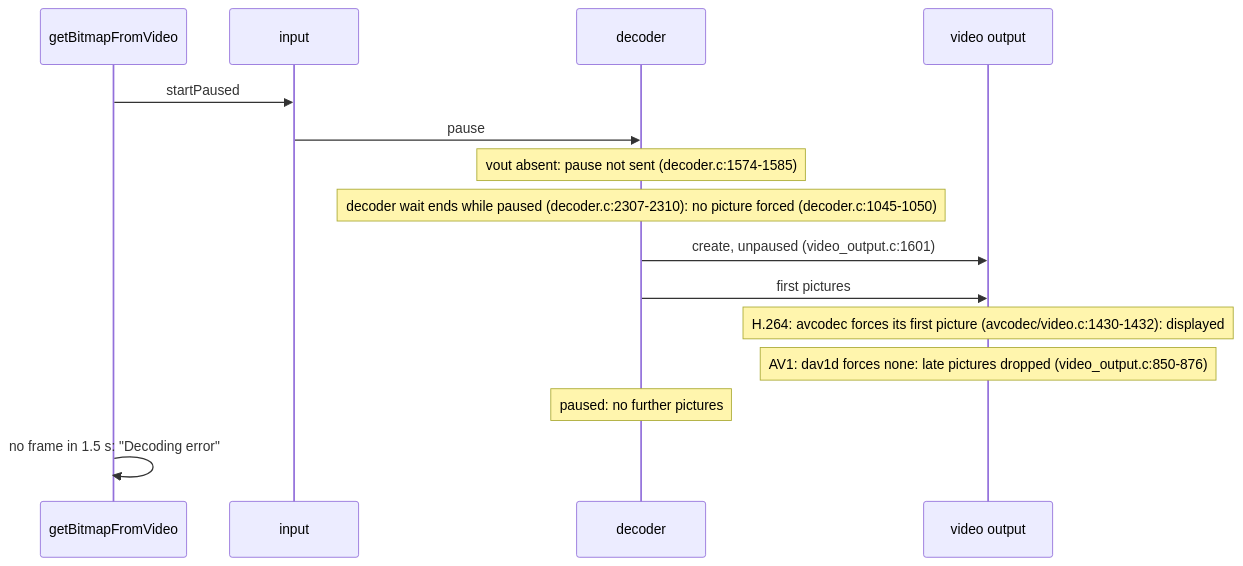
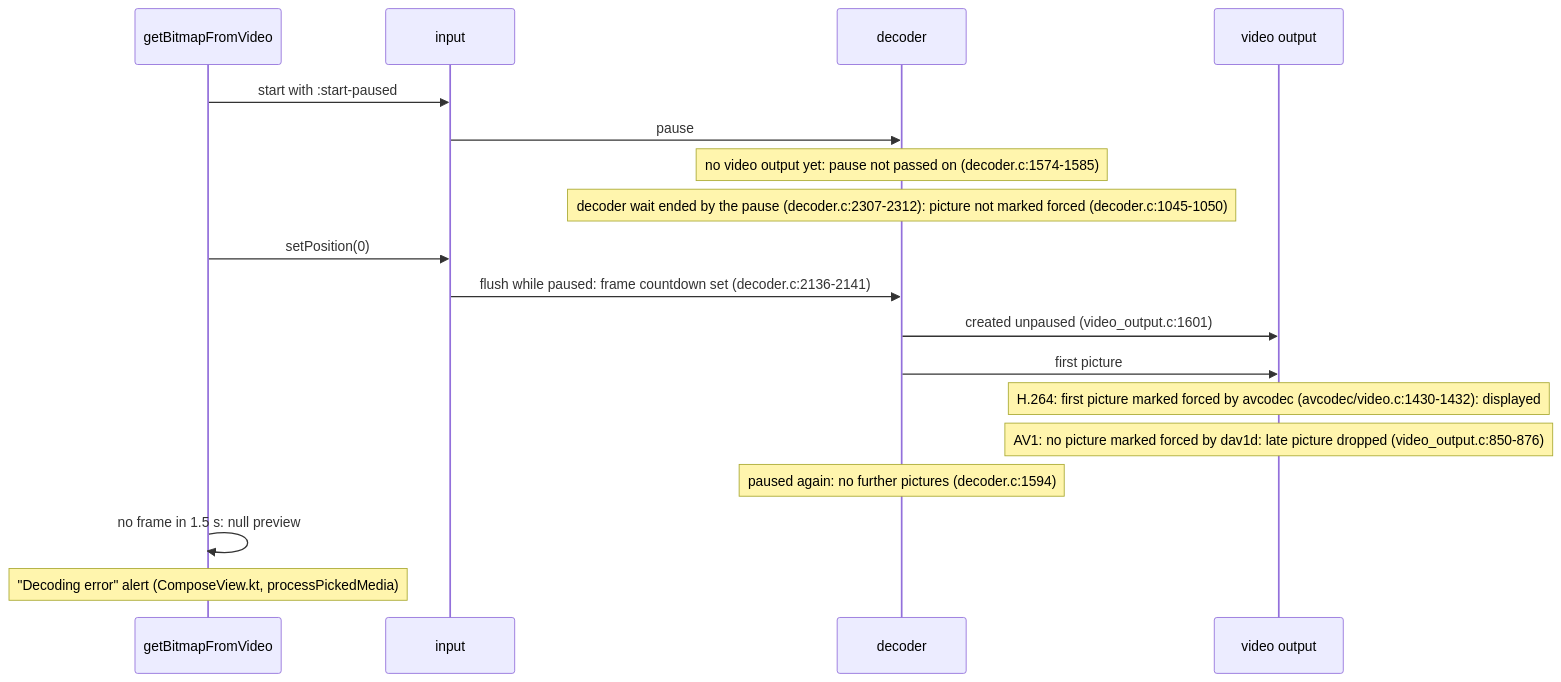
The diagram in plans/2026-11-24-desktop-av1-preview.md (simplex-chat/simplex-chat), drawn with Mermaid before and after one commit. The commit also changed other lines of this file, not shown here.

Commit message:
desktop: complete the plan with the seek step and platforms

````diff
--- a/plans/2026-11-24-desktop-av1-preview.md
+++ b/plans/2026-11-24-desktop-av1-preview.md
@@ -11,17 +11,20 @@
 ```mermaid
 sequenceDiagram
   participant App as getBitmapFromVideo
   participant In as input
   participant Dec as decoder
   participant Vout as video output
-  App->>In: startPaused
+  App->>In: start with :start-paused
   In->>Dec: pause
-  Note over Dec: vout absent: pause not sent (decoder.c:1574-1585)
-  Note over Dec: decoder wait ends while paused (decoder.c:2307-2310): no picture forced (decoder.c:1045-1050)
-  Dec->>Vout: create, unpaused (video_output.c:1601)
-  Dec->>Vout: first pictures
-  Note over Vout: H.264: avcodec forces its first picture (avcodec/video.c:1430-1432): displayed
-  Note over Vout: AV1: dav1d forces none: late pictures dropped (video_output.c:850-876)
-  Note over Dec: paused: no further pictures
-  App->>App: no frame in 1.5 s: "Decoding error"
+  Note over Dec: no video output yet: pause not passed on (decoder.c:1574-1585)
+  Note over Dec: decoder wait ended by the pause (decoder.c:2307-2312): picture not marked forced (decoder.c:1045-1050)
+  App->>In: setPosition(0)
+  In->>Dec: flush while paused: frame countdown set (decoder.c:2136-2141)
+  Dec->>Vout: created unpaused (video_output.c:1601)
+  Dec->>Vout: first picture
+  Note over Vout: H.264: first picture marked forced by avcodec (avcodec/video.c:1430-1432): displayed
+  Note over Vout: AV1: no picture marked forced by dav1d: late picture dropped (video_output.c:850-876)
+  Note over Dec: paused again: no further pictures (decoder.c:1594)
+  App->>App: no frame in 1.5 s: null preview
+  Note over App: "Decoding error" alert (ComposeView.kt, processPickedMedia)
 ```
````
